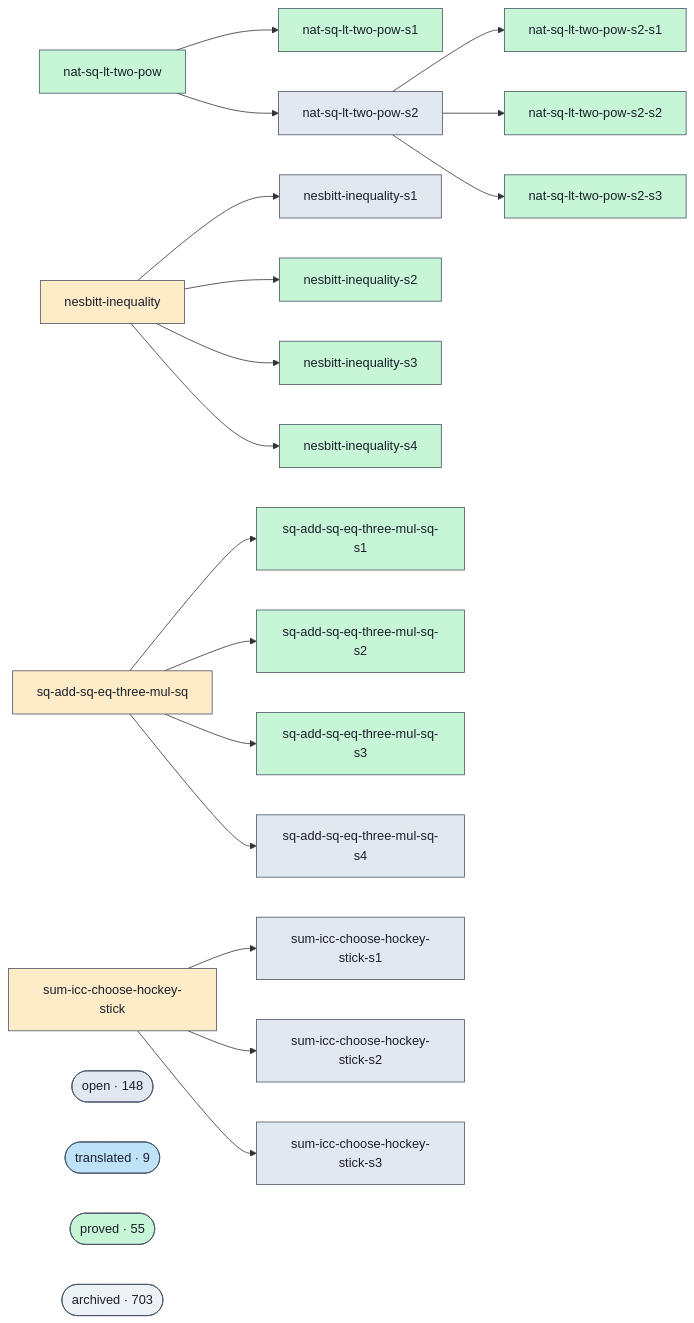
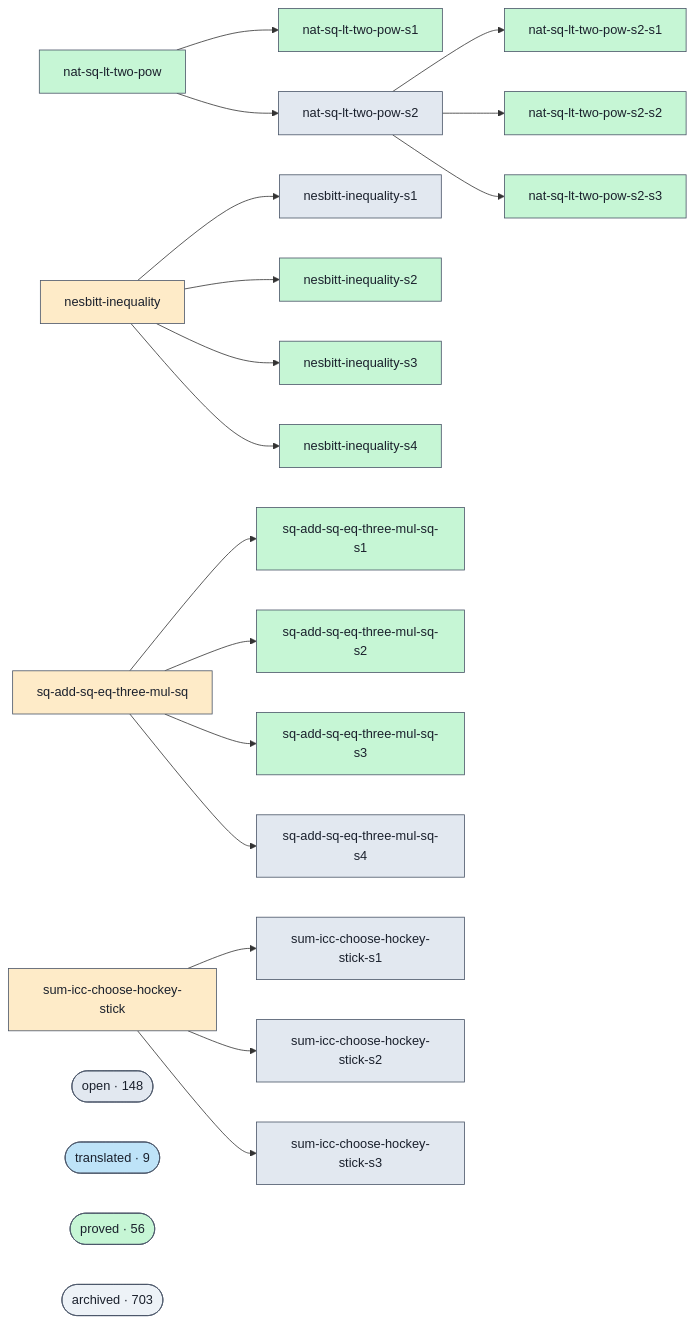
The diagram in docs/proofs-contributors-visualisation.md (ohdearquant/unsorry), drawn with Mermaid before and after one commit. The commit also changed other lines of this file and 2 other files, not shown here.

```diff
--- a/docs/proofs-contributors-visualisation.md
+++ b/docs/proofs-contributors-visualisation.md
@@ -102,7 +102,7 @@
   class cluster_open open;
   cluster_translated(["translated · 9"])
   class cluster_translated translated;
-  cluster_proved(["proved · 55"])
+  cluster_proved(["proved · 56"])
   class cluster_proved proved;
   cluster_archived(["archived · 703"])
   class cluster_archived unknown;
```
